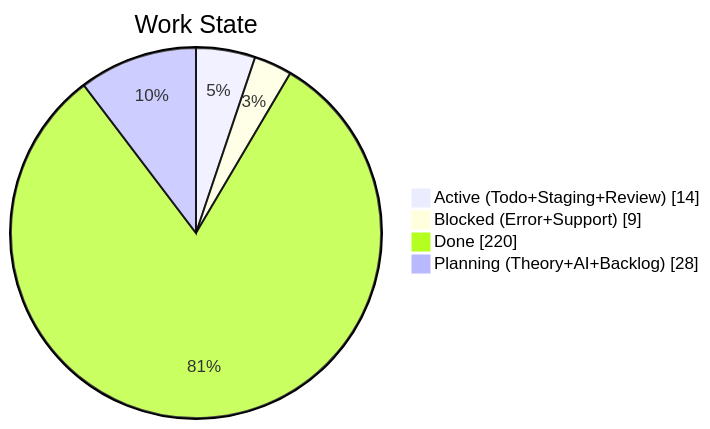
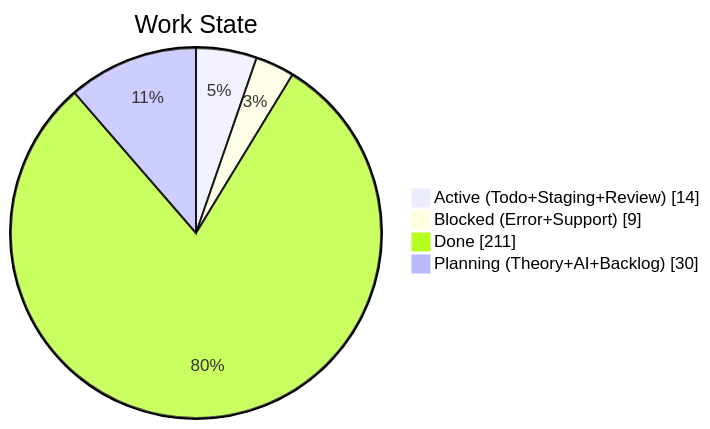
Before and after one commit to KBVE/kbve: the second of 4 diagrams in apps/kbve/astro-kbve/src/content/docs/dashboard/kanban-data.mdx, drawn with Mermaid. The commit also changed other lines of this file and 7 other files, not shown here.

````diff
--- a/apps/kbve/astro-kbve/src/content/docs/dashboard/kanban-data.mdx
+++ b/apps/kbve/astro-kbve/src/content/docs/dashboard/kanban-data.mdx
@@ -68,8 +68,8 @@
 ```mermaid
 pie showData
     title Work State
     "Active (Todo+Staging+Review)" : 14
     "Blocked (Error+Support)" : 9
-    "Done" : 220
-    "Planning (Theory+AI+Backlog)" : 28
+    "Done" : 211
+    "Planning (Theory+AI+Backlog)" : 30
 ```
````
